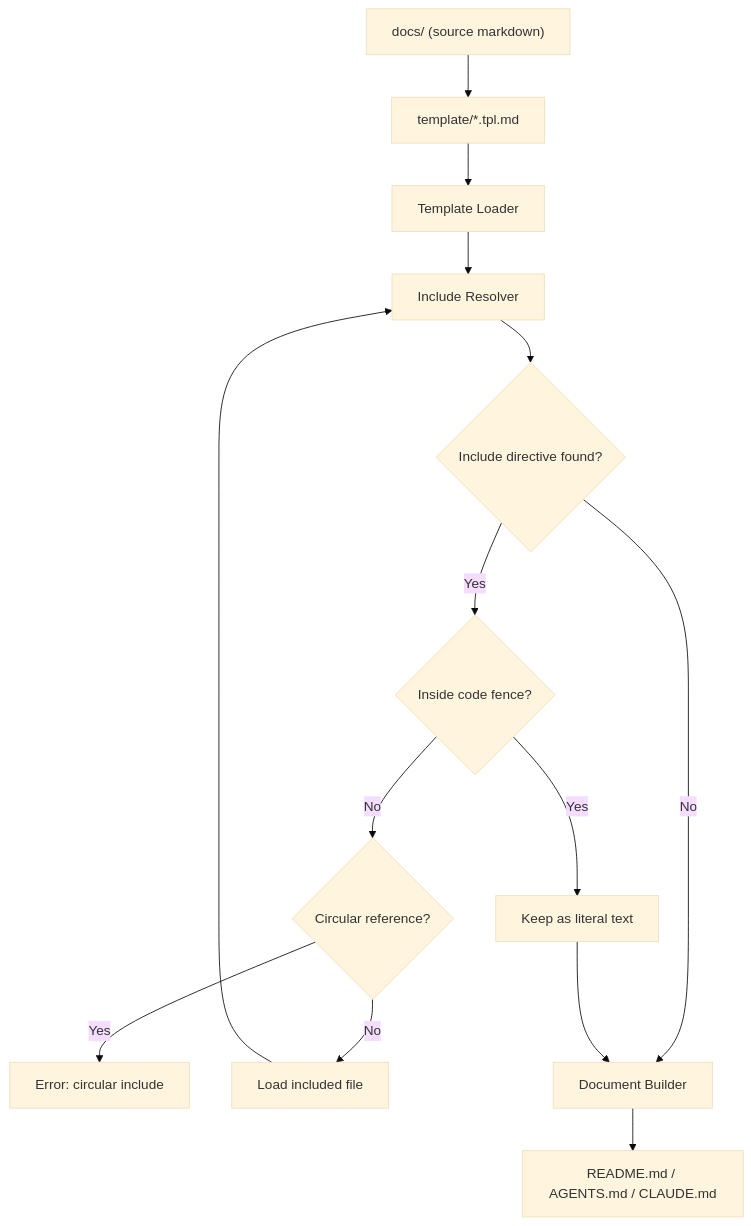
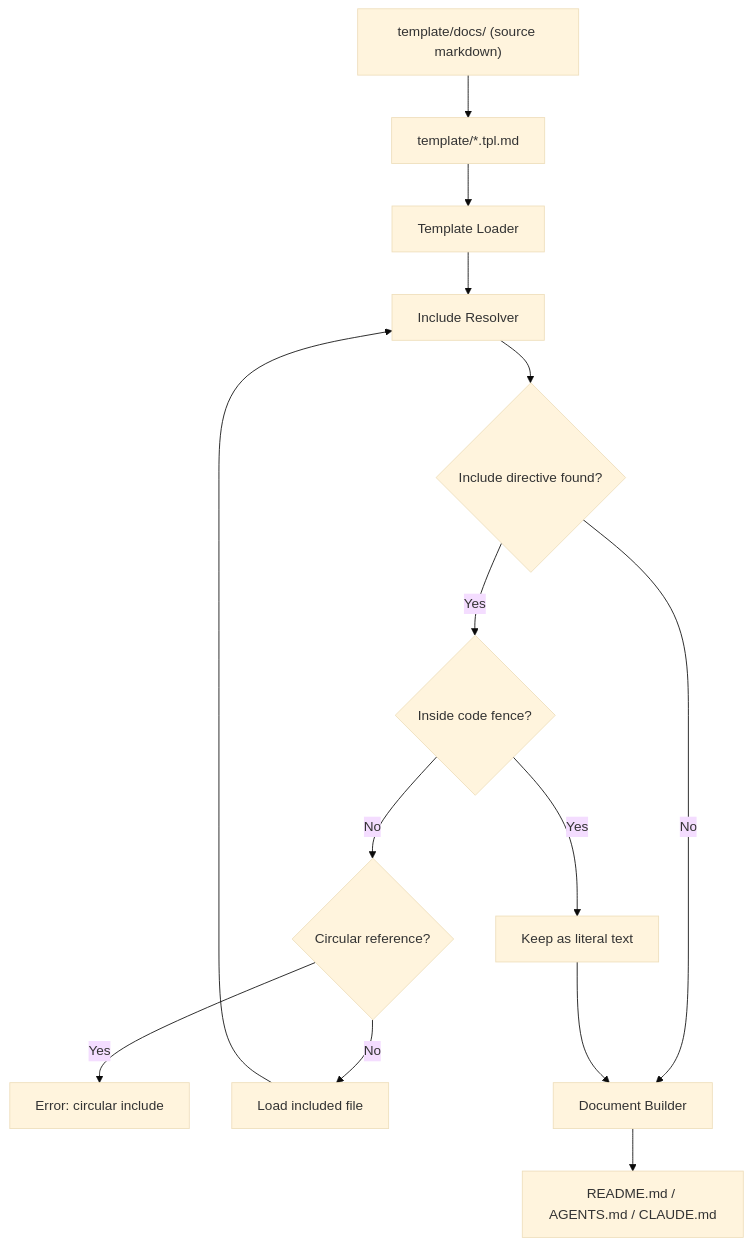
Before and after one commit to hiromaily/docs-ssot: the first of 2 diagrams in AGENTS.md, drawn with Mermaid (base theme). The commit also changed other lines of this file and 31 other files, not shown here.

````diff
--- a/AGENTS.md
+++ b/AGENTS.md
@@ -135,16 +134,16 @@
 ```mermaid
 flowchart TD
-    A["docs/ (source markdown)"] --> B["template/*.tpl.md"]
+    A["template/docs/ (source markdown)"] --> B["template/*.tpl.md"]
     B --> C[Template Loader]
     C --> D[Include Resolver]
     D --> E{Include directive found?}
     E -- Yes --> F{Inside code fence?}
     F -- Yes --> G[Keep as literal text]
     F -- No --> H{Circular reference?}
     H -- Yes --> I[Error: circular include]
     H -- No --> J[Load included file]
     J --> D
     E -- No --> K[Document Builder]
     G --> K
     K --> L["README.md / AGENTS.md / CLAUDE.md"]
 ```
````
